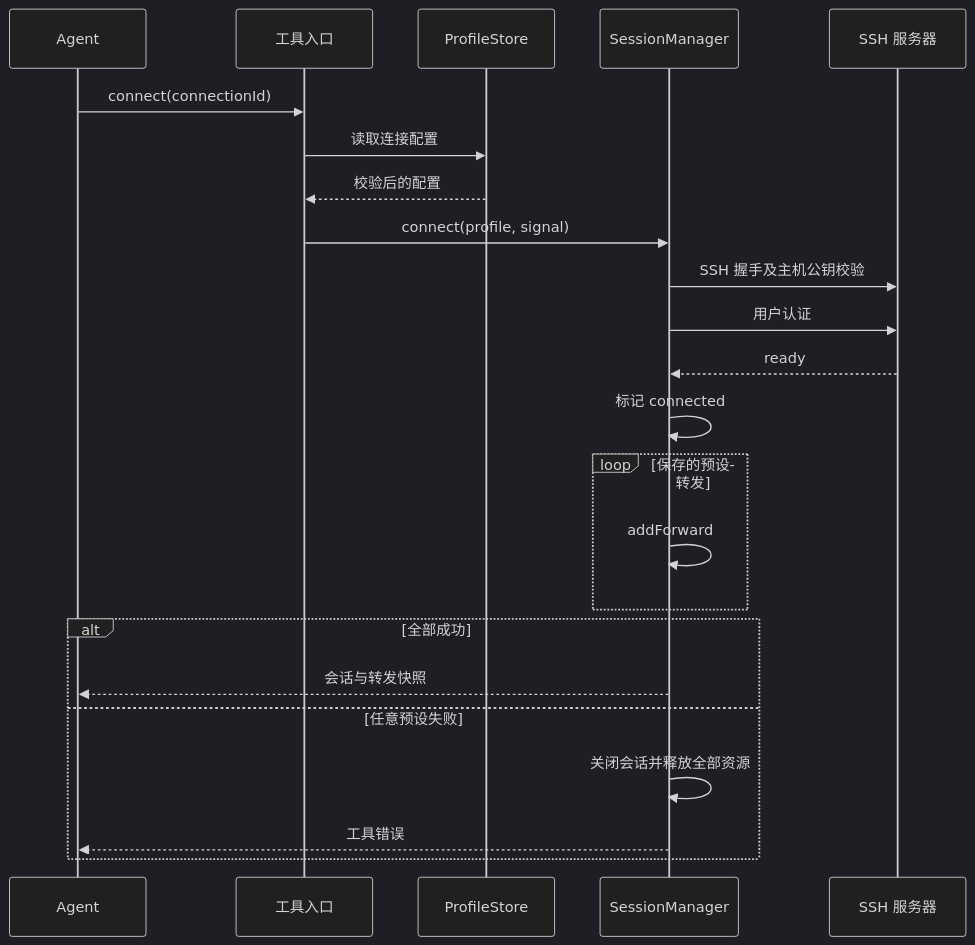
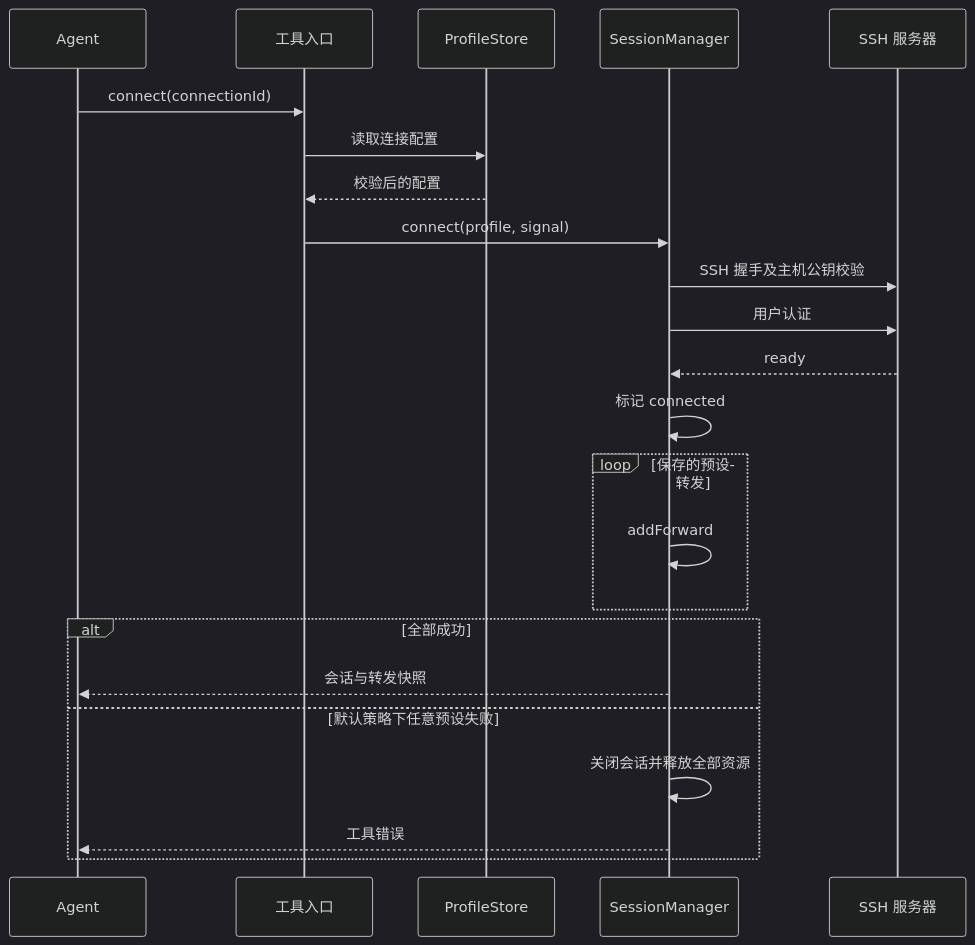
One commit to zhaoyi2018/magpie-remote changed the second of 4 diagrams in docs/architecture.md. Above: the diagram before and after it, drawn with Mermaid (dark theme). The commit also changed other lines of this file and 21 other files, not shown here.

````diff
--- a/docs/architecture.md
+++ b/docs/architecture.md
@@ -29,25 +30,25 @@
 ```mermaid
 sequenceDiagram
   participant A as Agent
   participant T as 工具入口
   participant P as ProfileStore
   participant M as SessionManager
   participant S as SSH 服务器
   A->>T: connect(connectionId)
   T->>P: 读取连接配置
   P-->>T: 校验后的配置
   T->>M: connect(profile, signal)
   M->>S: SSH 握手及主机公钥校验
   M->>S: 用户认证
   S-->>M: ready
   M->>M: 标记 connected
   loop 保存的预设转发
     M->>M: addForward
   end
   alt 全部成功
     M-->>A: 会话与转发快照
-  else 任意预设失败
+  else 默认策略下任意预设失败
     M->>M: 关闭会话并释放全部资源
     M-->>A: 工具错误
   end
 ```
````
